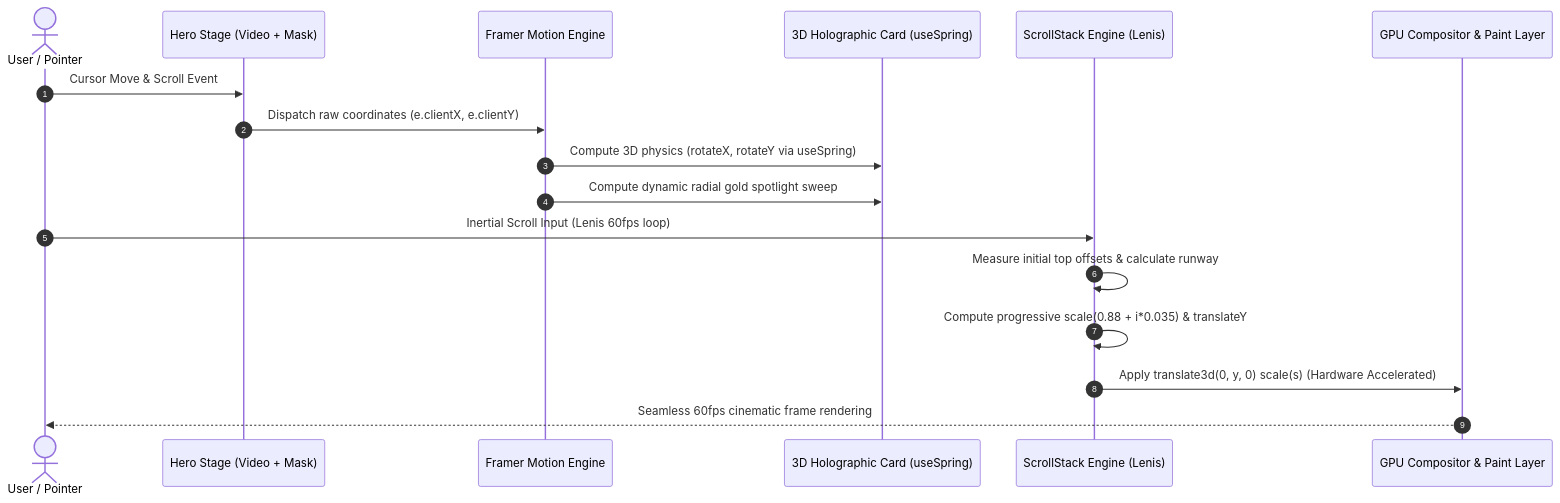
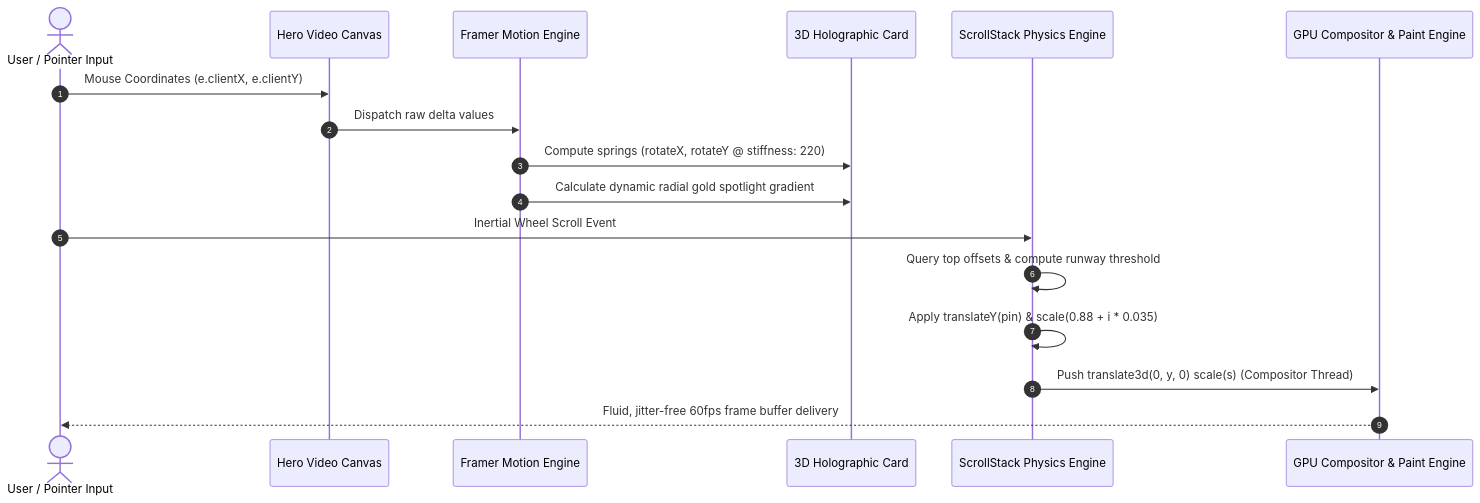
The second of 4 diagrams in README.md (kenenisabeyan/Cinematic-pro), drawn with Mermaid before and after one commit. The commit also changed other lines of this file, not shown here.

````diff
--- a/README.md
+++ b/README.md
@@ -101,20 +130,20 @@
 ```mermaid
 sequenceDiagram
     autonumber
-    actor User as User / Pointer
-    participant Hero as Hero Stage (Video + Mask)
+    actor Client as User / Pointer Input
+    participant Stage as Hero Video Canvas
     participant Motion as Framer Motion Engine
-    participant Card as 3D Holographic Card (useSpring)
-    participant Deck as ScrollStack Engine (Lenis)
-    participant GPU as GPU Compositor & Paint Layer
+    participant Card as 3D Holographic Card
+    participant Deck as ScrollStack Physics Engine
+    participant GPU as GPU Compositor & Paint Engine
 
-    User->>Hero: Cursor Move & Scroll Event
-    Hero->>Motion: Dispatch raw coordinates (e.clientX, e.clientY)
-    Motion->>Card: Compute 3D physics (rotateX, rotateY via useSpring)
-    Motion->>Card: Compute dynamic radial gold spotlight sweep
-    User->>Deck: Inertial Scroll Input (Lenis 60fps loop)
-    Deck->>Deck: Measure initial top offsets & calculate runway
-    Deck->>Deck: Compute progressive scale(0.88 + i*0.035) & translateY
-    Deck->>GPU: Apply translate3d(0, y, 0) scale(s) (Hardware Accelerated)
-    GPU-->>User: Seamless 60fps cinematic frame rendering
+    Client->>Stage: Mouse Coordinates (e.clientX, e.clientY)
+    Stage->>Motion: Dispatch raw delta values
+    Motion->>Card: Compute springs (rotateX, rotateY @ stiffness: 220)
+    Motion->>Card: Calculate dynamic radial gold spotlight gradient
+    Client->>Deck: Inertial Wheel Scroll Event
+    Deck->>Deck: Query top offsets & compute runway threshold
+    Deck->>Deck: Apply translateY(pin) & scale(0.88 + i * 0.035)
+    Deck->>GPU: Push translate3d(0, y, 0) scale(s) (Compositor Thread)
+    GPU-->>Client: Fluid, jitter-free 60fps frame buffer delivery
 ```
````
